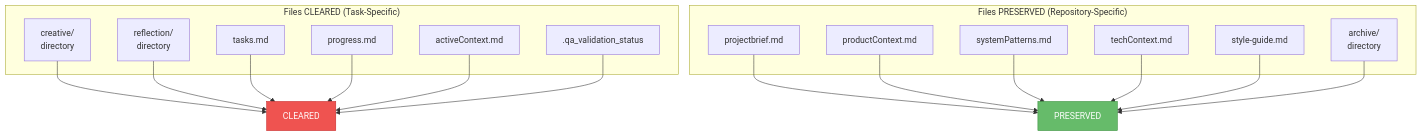
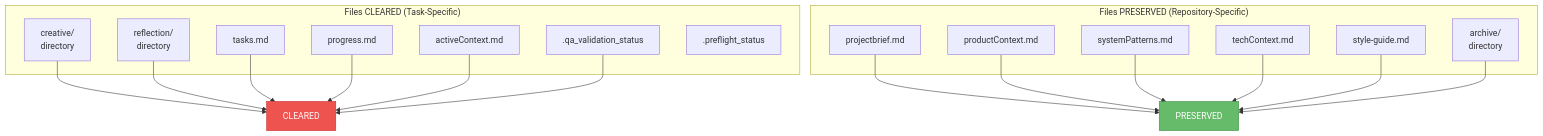
The sixth of 6 diagrams in rulesets/niko/niko/visual-maps/archive-mode-map.mdc (Texarkanine/.cursor-rules), drawn with Mermaid before and after one commit. The commit also changed other lines of this file and 22 other files, not shown here.

````diff
--- a/rulesets/niko/niko/visual-maps/archive-mode-map.mdc
+++ b/rulesets/niko/niko/visual-maps/archive-mode-map.mdc
@@ -324,26 +325,27 @@
 ```mermaid
 graph TD
     subgraph "Files CLEARED (Task-Specific)"
         ClearCreative["creative/<br>directory"]
         ClearReflection["reflection/<br>directory"]
         ClearTasks["tasks.md"]
         ClearProgress["progress.md"]
         ClearActive["activeContext.md"]
         ClearQA[".qa_validation_status"]
+        ClearPreflight[".preflight_status"]
     end
     
     subgraph "Files PRESERVED (Repository-Specific)"
         KeepProject["projectbrief.md"]
         KeepProduct["productContext.md"]
         KeepSystem["systemPatterns.md"]
         KeepTech["techContext.md"]
         KeepStyle["style-guide.md"]
         KeepArchive["archive/<br>directory"]
     end
     
     ClearCreative & ClearReflection & ClearTasks & ClearProgress & ClearActive & ClearQA --> Cleared["CLEARED"]
     KeepProject & KeepProduct & KeepSystem & KeepTech & KeepStyle & KeepArchive --> Preserved["PRESERVED"]
     
     style Cleared fill:#ef5350,stroke:#c62828,color:#fff
     style Preserved fill:#66bb6a,stroke:#388e3c,color:#fff
 ```
````
